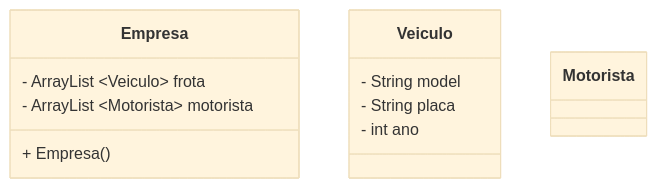
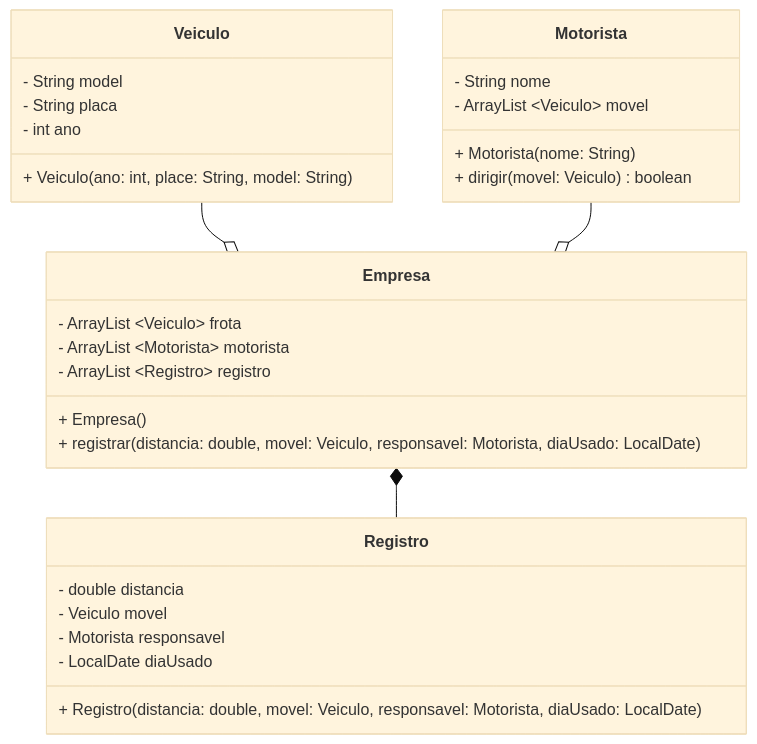
One commit to Aluno55/POO changed the diagram in lab-04/app/src/main/java/engtelecom/poo/README3.md. Above: the diagram before and after it, drawn with Mermaid (base theme). The commit also changed other lines of this file and 2 other files, not shown here.

Commit message:
readme 5

````diff
--- a/lab-04/app/src/main/java/engtelecom/poo/README3.md
+++ b/lab-04/app/src/main/java/engtelecom/poo/README3.md
@@ -3,16 +1,32 @@
 ```mermaid
 classDiagram
+    Empresa *-- Registro
+    Veiculo --o Empresa
+    Motorista --o Empresa
     class Empresa{
         - ArrayList ~Veiculo~ frota
         - ArrayList ~Motorista~ motorista
         + Empresa ()
+        - ArrayList ~Registro~ registro
+        + registrar (distancia: double, movel: Veiculo, responsavel: Motorista, diaUsado: LocalDate)
+    }
+    class Registro{
+        - double distancia
+        - Veiculo movel
+        - Motorista responsavel
+        - LocalDate diaUsado
+        + Registro (distancia: double, movel: Veiculo, responsavel: Motorista, diaUsado: LocalDate)
     }
     class Veiculo{
         - String model
         - String placa
         - int ano
+        + Veiculo (ano: int, place: String, model: String)
     }
     class Motorista{
-        
+        - String nome
+        - ArrayList ~Veiculo~ movel
+        + Motorista (nome: String)
+        + dirigir (movel: Veiculo) boolean
     }
 ```
````
